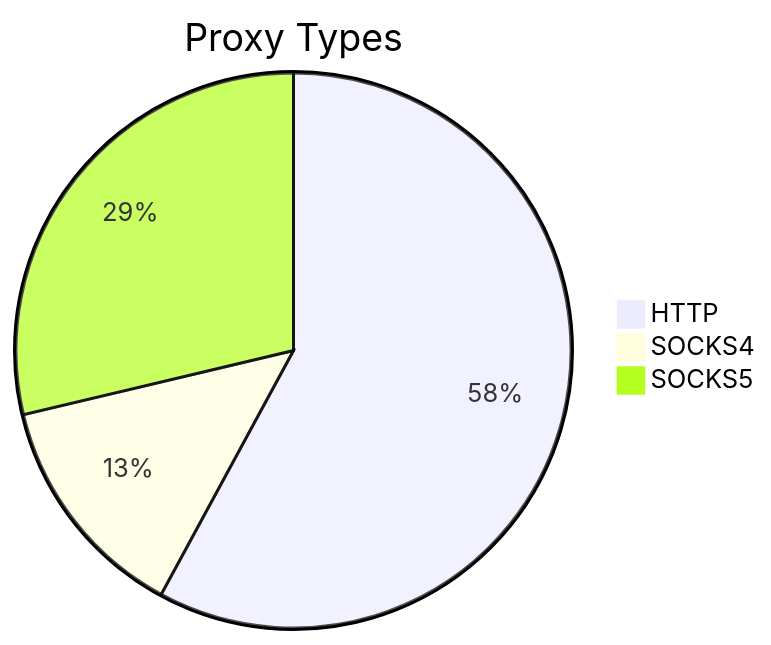
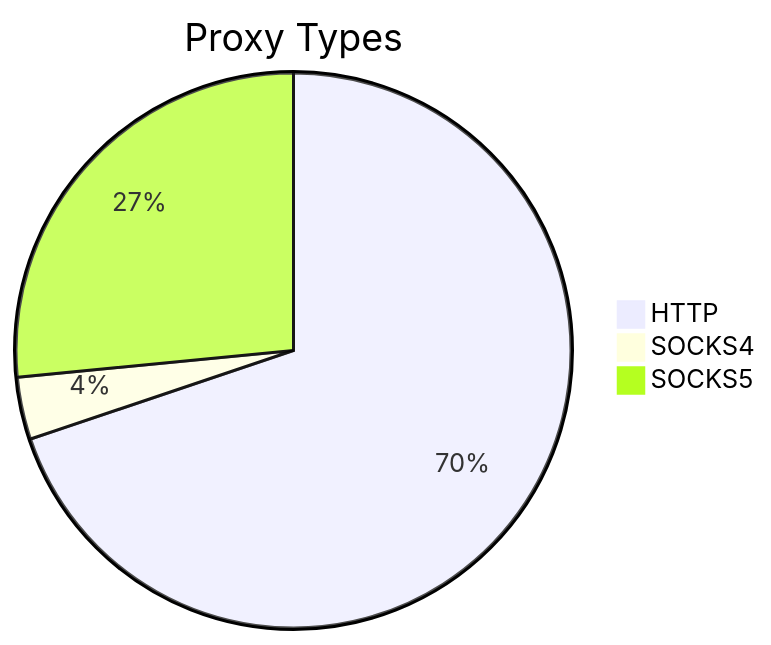
Before and after one commit to stormsia/proxy-list: the first of 2 diagrams in README.md, drawn with Mermaid. The commit also changed other lines of this file, not shown here.

````diff
--- a/README.md
+++ b/README.md
@@ -21,6 +21,6 @@
 ```mermaid
 pie title Proxy Types
-    "HTTP" : 355
-    "SOCKS4" : 82
-    "SOCKS5" : 176
+    "HTTP" : 250
+    "SOCKS4" : 13
+    "SOCKS5" : 95
 ```
````
